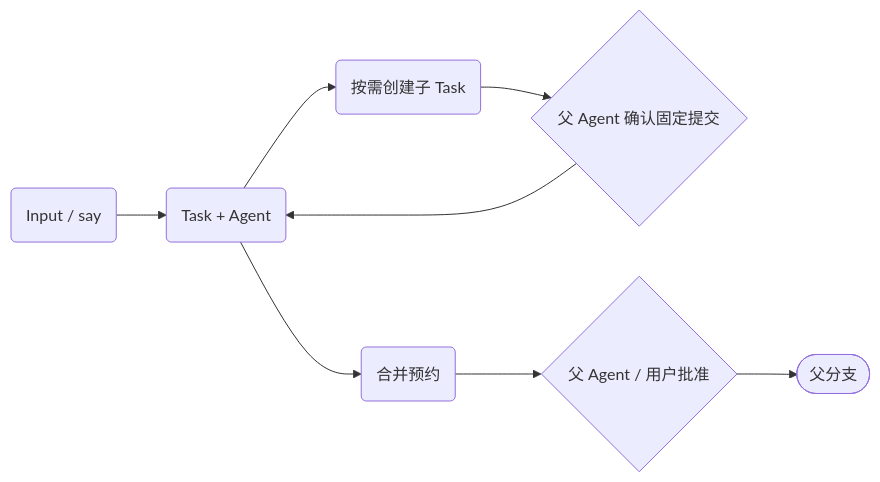
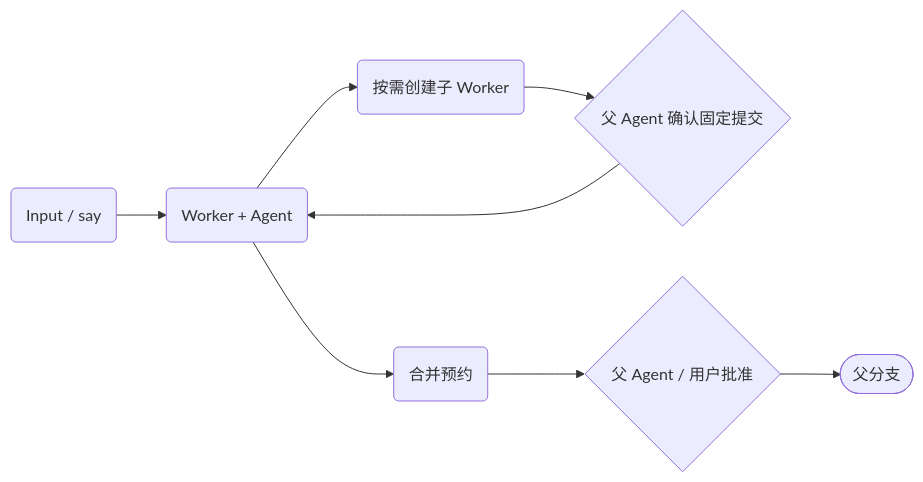
The diagram in docs/core-architecture.md (Loyage/lush), drawn with Mermaid before and after one commit. The commit also changed other lines of this file and 275 other files, not shown here.

Commit message:
Merge task #96: 整体更名：任务/Task -> Worker，内涵不变 [delivery 3561, attempt 3564]

````diff
--- a/docs/core-architecture.md
+++ b/docs/core-architecture.md
@@ -22,10 +22,10 @@
 ```mermaid
 flowchart LR
-    input("Input / say") --> task("Task + Agent")
-    task --> child("按需创建子 Task")
+    input("Input / say") --> task("Worker + Agent")
+    task --> child("按需创建子 Worker")
     child --> confirm{"父 Agent 确认固定提交"}
     confirm --> task
     task --> request("合并预约")
     request --> approve{"父 Agent / 用户批准"}
     approve --> target(["父分支"])
 ```
````
